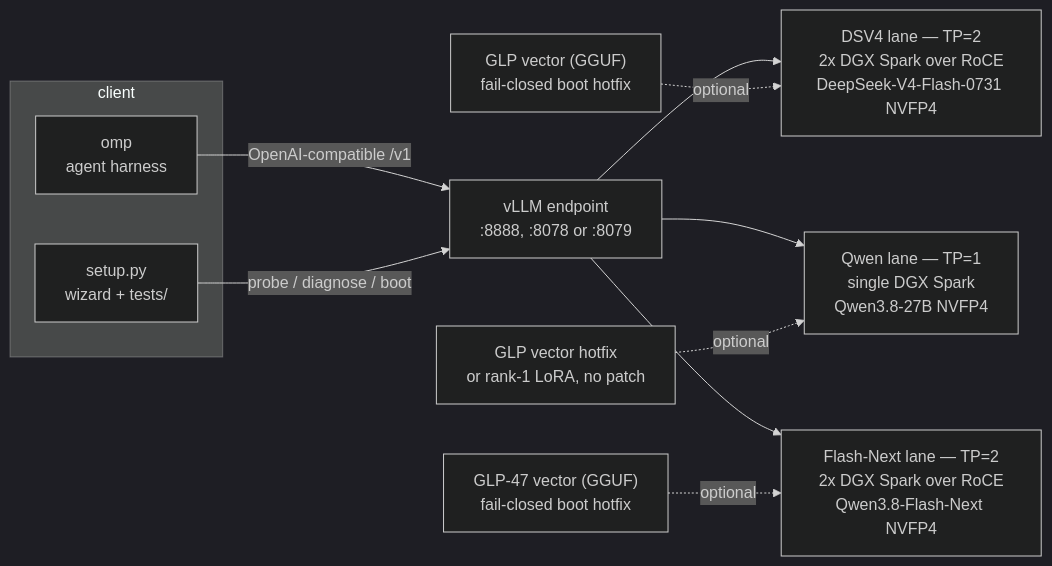
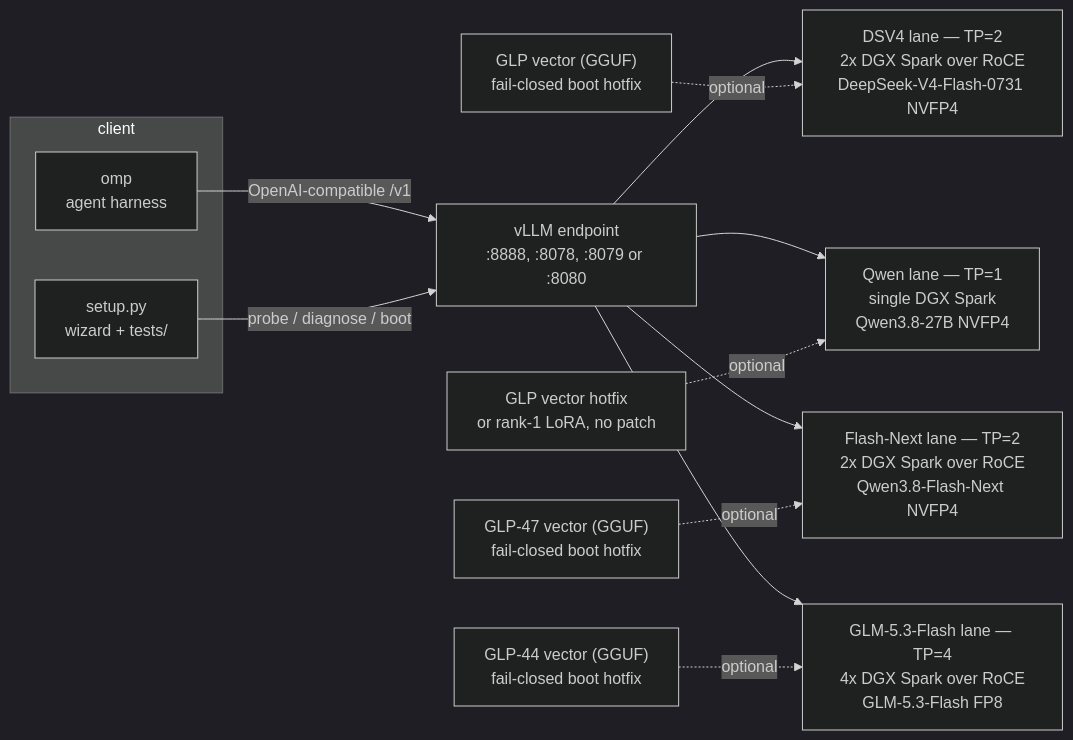
Before and after one commit to msuiche/weightless: the diagram in README.md, drawn with Mermaid (dark theme). The commit also changed other lines of this file and 8 other files, not shown here.

First line of the commit message:
Add GLM-5.3-Flash lane: TP=4 on 4x DGX Spark, GLP-44 steering

````diff
--- a/README.md
+++ b/README.md
@@ -75,15 +78,17 @@
 ```mermaid
 flowchart LR
     subgraph client[client]
         OMP["omp<br/>agent harness"]
         WIZ["setup.py<br/>wizard + tests/"]
     end
-    OMP -->|OpenAI-compatible /v1| EP["vLLM endpoint<br/>:8888, :8078 or :8079"]
+    OMP -->|OpenAI-compatible /v1| EP["vLLM endpoint<br/>:8888, :8078, :8079 or :8080"]
     WIZ -->|probe / diagnose / boot| EP
     EP --> DSV4["DSV4 lane — TP=2<br/>2x DGX Spark over RoCE<br/>DeepSeek-V4-Flash-0731 NVFP4"]
     EP --> QWEN["Qwen lane — TP=1<br/>single DGX Spark<br/>Qwen3.8-27B NVFP4"]
     EP --> QWENFN["Flash-Next lane — TP=2<br/>2x DGX Spark over RoCE<br/>Qwen3.8-Flash-Next NVFP4"]
+    EP --> GLM["GLM-5.3-Flash lane — TP=4<br/>4x DGX Spark over RoCE<br/>GLM-5.3-Flash FP8"]
     CV["GLP vector (GGUF)<br/>fail-closed boot hotfix"] -.->|optional| DSV4
     CV2["GLP vector hotfix<br/>or rank-1 LoRA, no patch"] -.->|optional| QWEN
     CV3["GLP-47 vector (GGUF)<br/>fail-closed boot hotfix"] -.->|optional| QWENFN
+    CV4["GLP-44 vector (GGUF)<br/>fail-closed boot hotfix"] -.->|optional| GLM
 ```
````
